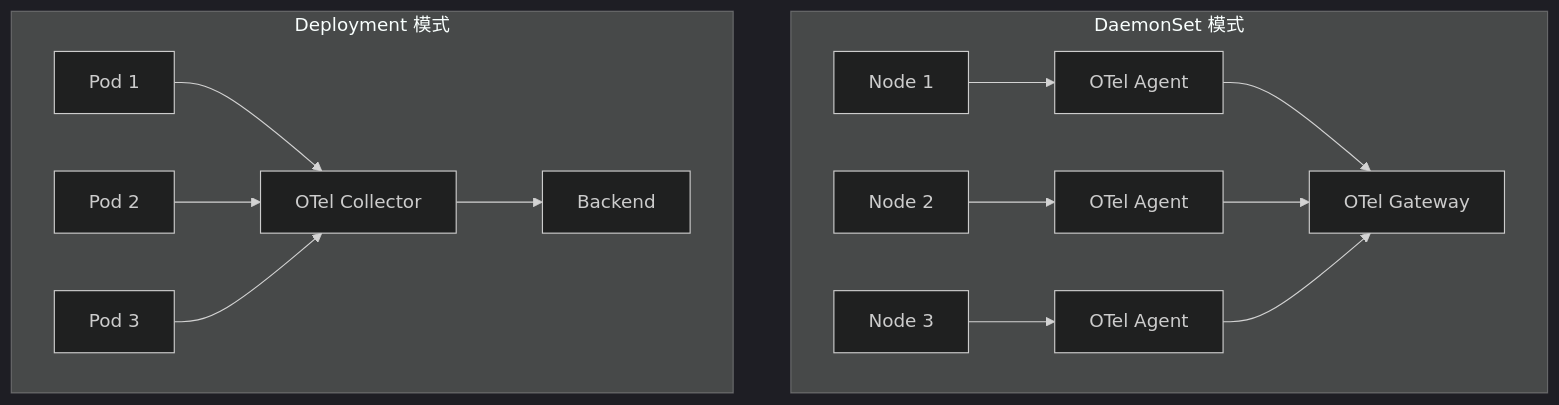
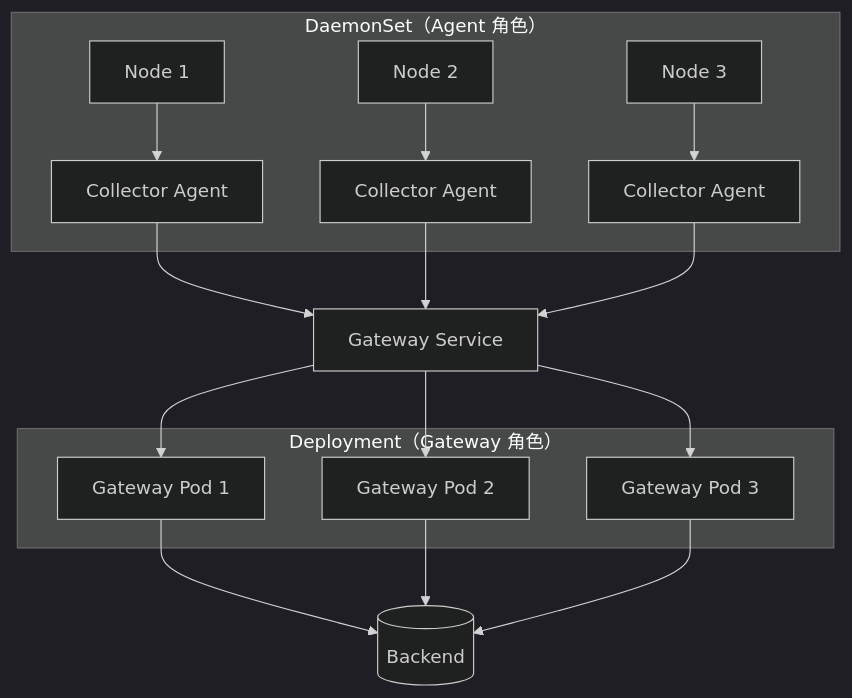
One commit to chihhung/Blog changed the eighth of 19 diagrams in content/posts/教學/工具/OpenTelemetry教學手冊.md. Above: the diagram before and after it, drawn with Mermaid (dark theme). The commit also changed other lines of this file and 8 other files, not shown here.

````diff
--- a/content/posts/教學/工具/OpenTelemetry教學手冊.md
+++ b/content/posts/教學/工具/OpenTelemetry教學手冊.md
@@ -737,18 +1303,24 @@
 ```mermaid
 graph TB
-    subgraph "DaemonSet 模式"
-        Node1[Node 1] --> Agent1[OTel Agent]
-        Node2[Node 2] --> Agent2[OTel Agent]
-        Node3[Node 3] --> Agent3[OTel Agent]
-        Agent1 --> Gateway1[OTel Gateway]
-        Agent2 --> Gateway1
-        Agent3 --> Gateway1
+    subgraph "DaemonSet（Agent 角色）"
+        Node1[Node 1] --> Agent1[Collector Agent]
+        Node2[Node 2] --> Agent2[Collector Agent]
+        Node3[Node 3] --> Agent3[Collector Agent]
     end
-    
-    subgraph "Deployment 模式"
-        App1[Pod 1] --> Collector1[OTel Collector]
-        App2[Pod 2] --> Collector1
-        App3[Pod 3] --> Collector1
-        Collector1 --> Backend[Backend]
+
+    subgraph "Deployment（Gateway 角色）"
+        GW1[Gateway Pod 1]
+        GW2[Gateway Pod 2]
+        GW3[Gateway Pod 3]
     end
+
+    Agent1 --> SVC[Gateway Service]
+    Agent2 --> SVC
+    Agent3 --> SVC
+    SVC --> GW1
+    SVC --> GW2
+    SVC --> GW3
+    GW1 --> Backend[(Backend)]
+    GW2 --> Backend
+    GW3 --> Backend
 ```
````
